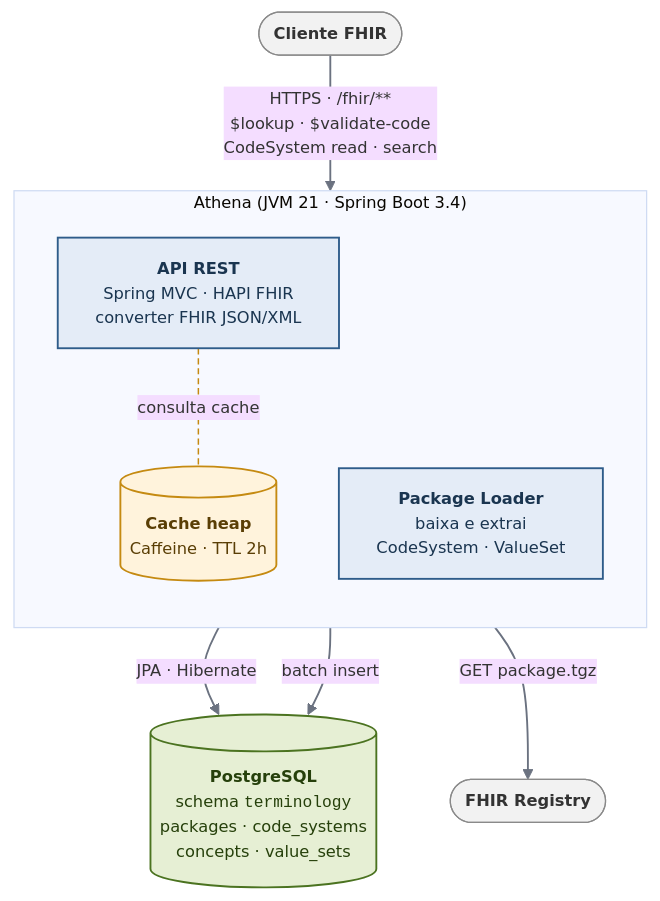
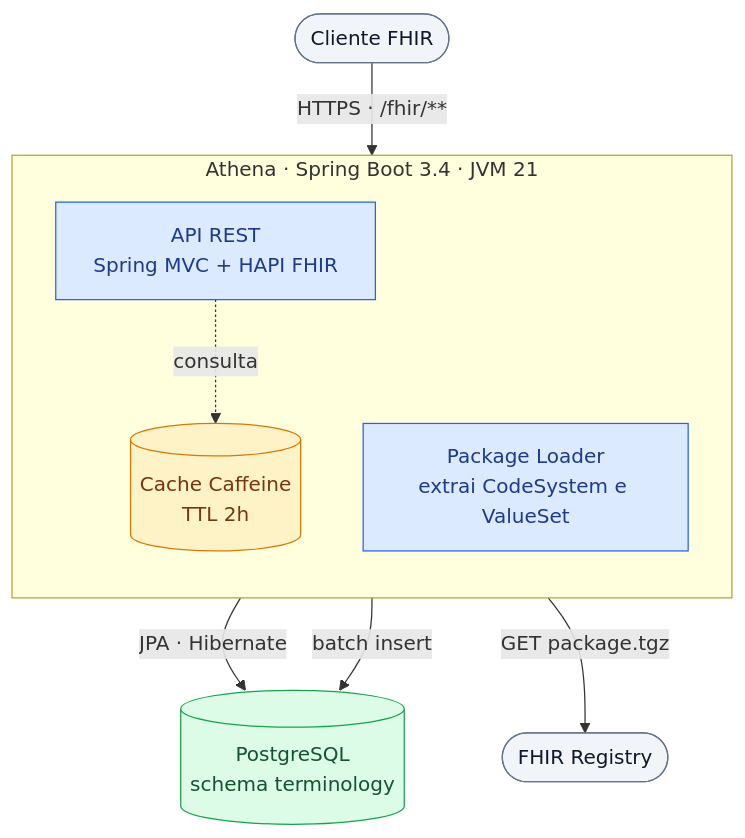
One commit to ti-sesgo/athena changed the second of 2 diagrams in docs/proposta.md. Above: the diagram before and after it, drawn with Mermaid. The commit also changed other lines of this file, not shown here.

Commit message:
docs: reescreve diagramas de arquitetura para melhor portabilidade

````diff
--- a/docs/proposta.md
+++ b/docs/proposta.md
@@ -28,33 +26,29 @@
 ```mermaid
-%%{init: {'theme':'base', 'themeVariables': {'fontFamily':'-apple-system, Segoe UI, sans-serif', 'fontSize':'13px'}}}%%
 flowchart TB
-    cliente(["<b>Cliente FHIR</b>"])
-    registry(["<b>FHIR Registry</b>"])
+    cliente(["Cliente FHIR"])
+    registry(["FHIR Registry"])
 
-    subgraph athena ["Athena (JVM 21 · Spring Boot 3.4)"]
+    subgraph athena ["Athena · Spring Boot 3.4 · JVM 21"]
         direction TB
-        api["<b>API REST</b><br/>Spring MVC · HAPI FHIR<br/>converter FHIR JSON/XML"]
-        loader["<b>Package Loader</b><br/>baixa e extrai<br/>CodeSystem · ValueSet"]
-        cache[("<b>Cache heap</b><br/>Caffeine · TTL 2h")]
-        api -. "consulta cache" .- cache
+        api["API REST<br/>Spring MVC + HAPI FHIR"]
+        loader["Package Loader<br/>extrai CodeSystem e ValueSet"]
+        cache[("Cache Caffeine<br/>TTL 2h")]
+        api -. consulta .-> cache
     end
 
-    db[("<b>PostgreSQL</b><br/>schema <code>terminology</code><br/>packages · code_systems<br/>concepts · value_sets")]
+    db[("PostgreSQL<br/>schema terminology")]
 
-    cliente -- "HTTPS · /fhir/**<br/>$lookup · $validate-code<br/>CodeSystem read · search" --> api
-    api -- "JPA · Hibernate" --> db
-    loader -- "GET package.tgz" --> registry
-    loader -- "batch insert" --> db
+    cliente -->|"HTTPS · /fhir/**"| api
+    api -->|"JPA · Hibernate"| db
+    loader -->|"GET package.tgz"| registry
+    loader -->|"batch insert"| db
 
-    classDef external fill:#f2f2f2,stroke:#8a8a8a,stroke-width:1px,color:#333
-    classDef component fill:#e4ecf7,stroke:#2e5c8a,stroke-width:1.5px,color:#1a3550
-    classDef store     fill:#e6efd4,stroke:#4b7320,stroke-width:1.5px,color:#26400b
-    classDef cacheStore fill:#fff3dc,stroke:#c58a11,stroke-width:1.5px,color:#5a3e05
-
+    classDef external fill:#f1f5f9,stroke:#64748b,color:#0f172a
+    classDef component fill:#dbeafe,stroke:#2563eb,color:#1e3a8a
+    classDef store fill:#dcfce7,stroke:#16a34a,color:#14532d
+    classDef cacheStore fill:#fef3c7,stroke:#d97706,color:#78350f
     class cliente,registry external
     class api,loader component
     class db store
     class cache cacheStore
-    linkStyle 1,2,3,4 stroke:#6b7280,stroke-width:1.5px
-    linkStyle 0 stroke:#c58a11,stroke-dasharray:5 3,stroke-width:1.2px
 ```
````
